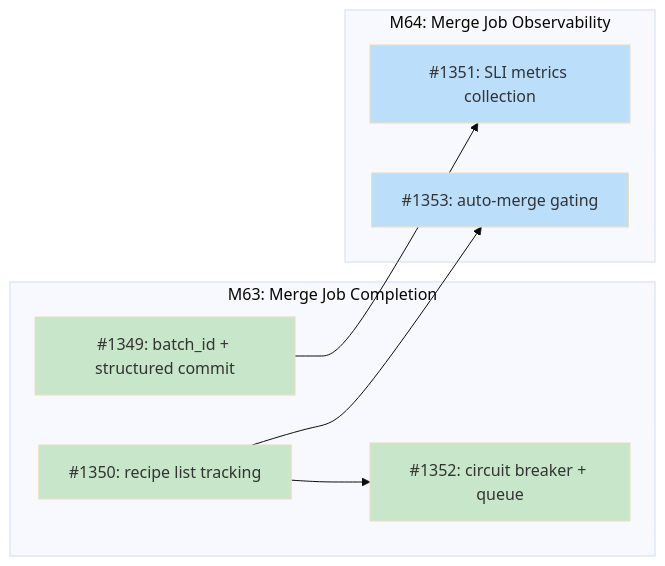
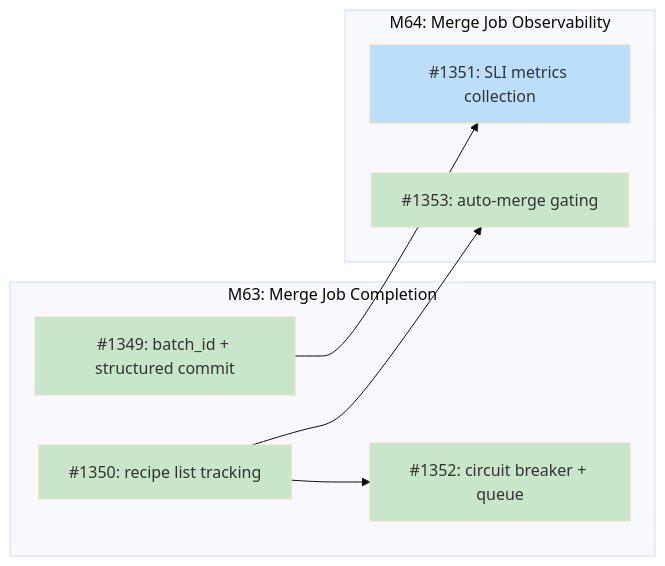
One commit to tsukumogami/tsuku changed the diagram in docs/designs/DESIGN-merge-job-completion.md. Above: the diagram before and after it, drawn with Mermaid (base theme). The commit also changed other lines of this file and 1 other file, not shown here.

Commit message:
feat(batch): add auto-merge gating to batch generation workflow (#1397)
When all recipes in a batch pass validation (no exclusions), the merge
job now enables auto-merge with `gh pr merge --auto --squash`, including
a structured commit message. When some recipes are excluded, a comment
is posted on the PR explaining why manual review is needed instead.

The gating condition uses `EXCLUDED_COUNT`, which is already computed
and exported during the aggregation step.

````diff
--- a/docs/designs/DESIGN-merge-job-completion.md
+++ b/docs/designs/DESIGN-merge-job-completion.md
@@ -45,26 +45,27 @@
 ```mermaid
 graph LR
     subgraph M63["M63: Merge Job Completion"]
         I1349["#1349: batch_id + structured commit"]
         I1350["#1350: recipe list tracking"]
         I1352["#1352: circuit breaker + queue"]
     end
 
     subgraph M64["M64: Merge Job Observability"]
         I1351["#1351: SLI metrics collection"]
         I1353["#1353: auto-merge gating"]
     end
 
     I1350 --> I1352
     I1349 --> I1351
     I1350 --> I1353
 
     classDef done fill:#c8e6c9
     classDef ready fill:#bbdefb
     classDef blocked fill:#fff9c4
     classDef needsDesign fill:#e1bee7
 
     class I1349,I1350 done
     class I1352 done
-    class I1351,I1353 ready
+    class I1351 ready
+    class I1353 done
 ```
````
